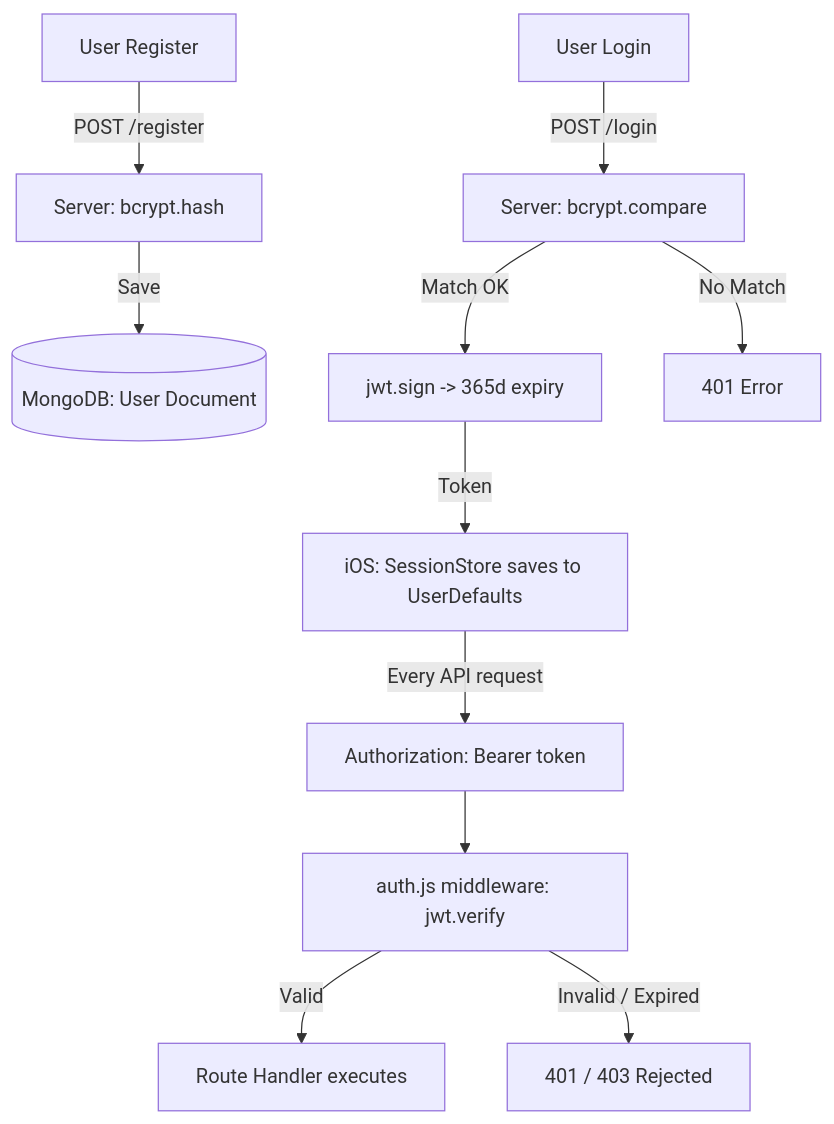
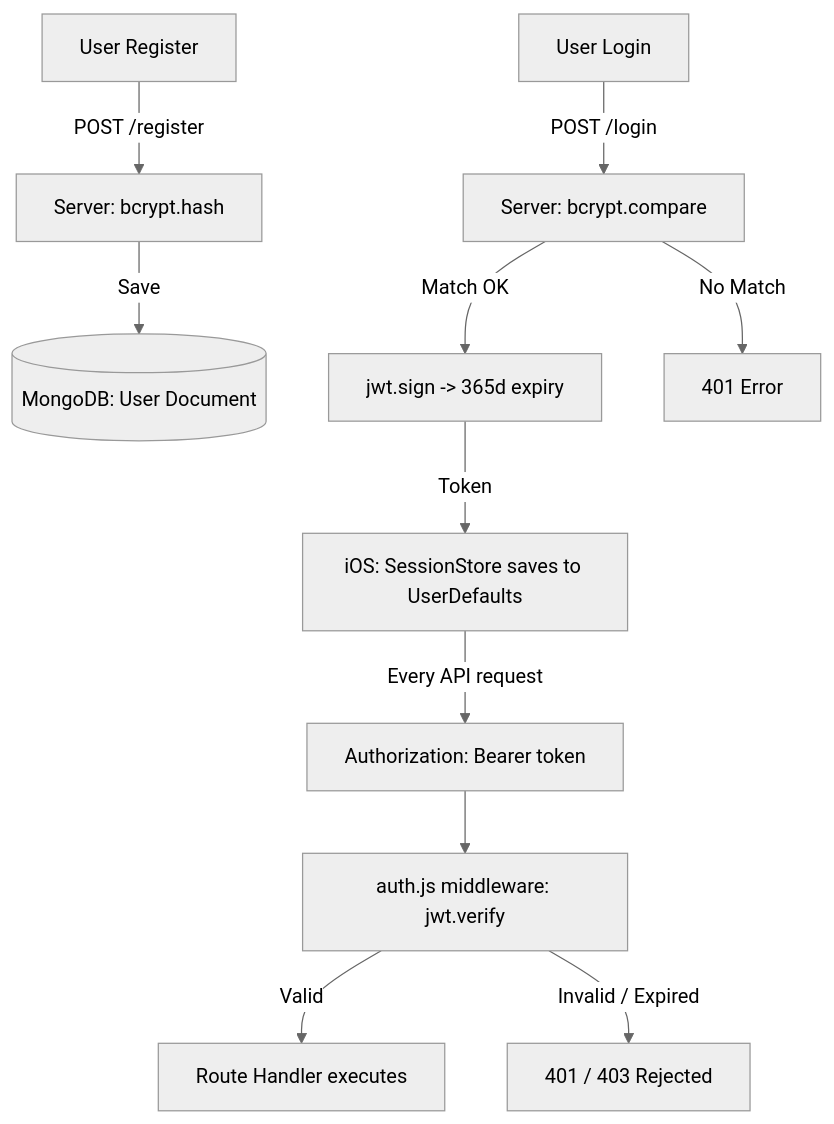
The second of 6 diagrams in README.md (denizyakar/SoniApp), drawn with Mermaid before and after one commit. The commit also changed other lines of this file, not shown here.

````diff
--- a/README.md
+++ b/README.md
@@ -136,15 +137,16 @@
 ```mermaid
+%%{init: {"theme": "neutral"}}%%
 flowchart TD
     A["User Register"] -->|"POST /register"| B["Server: bcrypt.hash"]
     B -->|"Save"| C[("MongoDB: User Document")]
 
     D["User Login"] -->|"POST /login"| E["Server: bcrypt.compare"]
     E -->|"Match OK"| F["jwt.sign -> 365d expiry"]
     E -->|"No Match"| H["401 Error"]
     F -->|"Token"| G["iOS: SessionStore saves to UserDefaults"]
 
     G -->|"Every API request"| I["Authorization: Bearer token"]
     I --> J["auth.js middleware: jwt.verify"]
     J -->|"Valid"| K["Route Handler executes"]
     J -->|"Invalid / Expired"| L["401 / 403 Rejected"]
 ```
````
